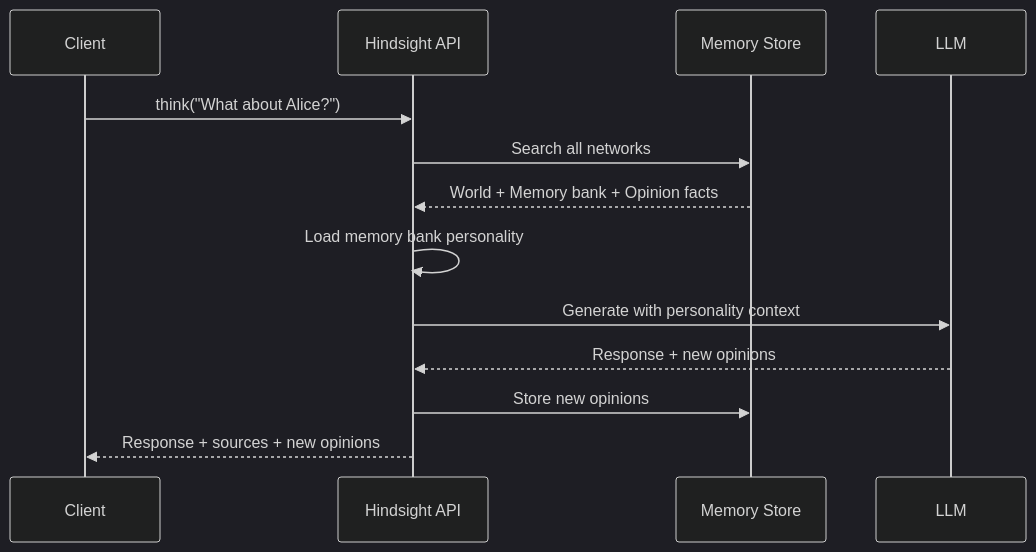
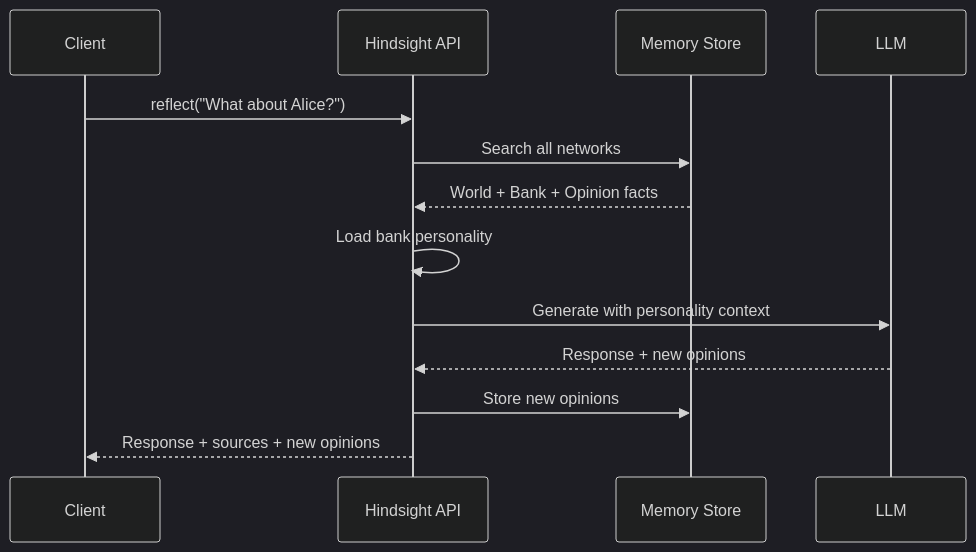
Before and after one commit to karljsamuel/hindsight: the diagram in hindsight-docs/docs/developer/api/reflect.md, drawn with Mermaid (dark theme). The commit also changed other lines of this file and 44 other files, not shown here.

````diff
--- a/hindsight-docs/docs/developer/api/reflect.md
+++ b/hindsight-docs/docs/developer/api/reflect.md
@@ -111,16 +112,16 @@
 ```mermaid
 sequenceDiagram
     participant C as Client
     participant A as Hindsight API
     participant M as Memory Store
     participant L as LLM
 
-    C->>A: think("What about Alice?")
+    C->>A: reflect("What about Alice?")
     A->>M: Search all networks
-    M-->>A: World + Memory bank + Opinion facts
-    A->>A: Load memory bank personality
+    M-->>A: World + Bank + Opinion facts
+    A->>A: Load bank personality
     A->>L: Generate with personality context
     L-->>A: Response + new opinions
     A->>M: Store new opinions
     A-->>C: Response + sources + new opinions
 ```
````
